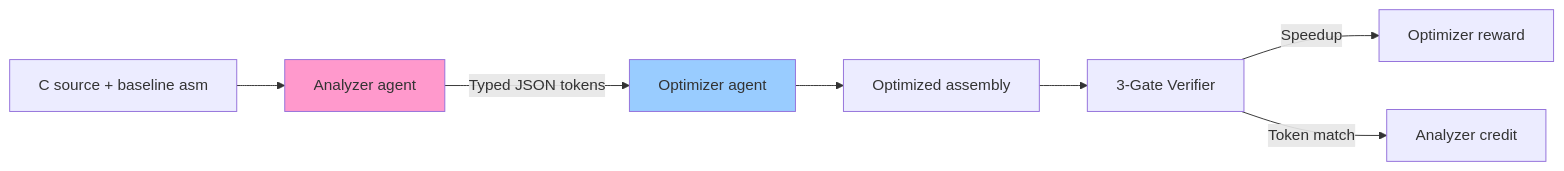
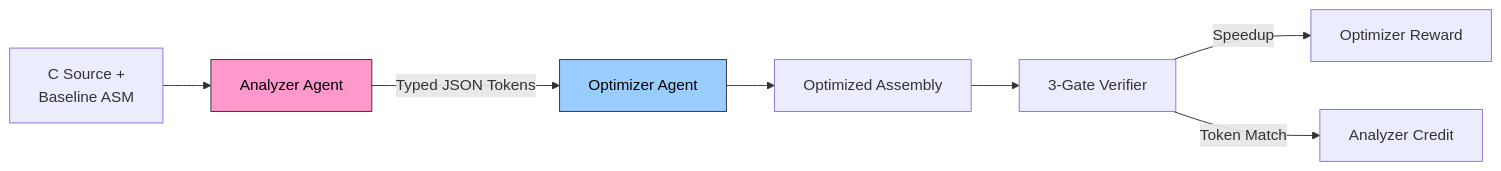
Before and after one commit to ka-ori/arm-gym: the second of 3 diagrams in README.md, drawn with Mermaid. The commit also changed other lines of this file and 1 other file, not shown here.

First line of the commit message:
docs: restore flowchart LR layout with br breaks and full Mermaid styles

````diff
--- a/README.md
+++ b/README.md
@@ -63,11 +68,12 @@
 ```mermaid
-graph LR
-    S["C source + baseline asm"] --> AN["Analyzer agent"]
-    AN -->|Typed JSON tokens| OPT["Optimizer agent"]
-    OPT --> ASM["Optimized assembly"]
+flowchart LR
+    S["C Source +<br/>Baseline ASM"] --> AN["Analyzer Agent"]
+    AN -->|"Typed JSON Tokens"| OPT["Optimizer Agent"]
+    OPT --> ASM["Optimized Assembly"]
     ASM --> V["3-Gate Verifier"]
-    V -->|Speedup| R1["Optimizer reward"]
-    V -->|Token match| R2["Analyzer credit"]
-    style AN fill:#ff99cc
-    style OPT fill:#99ccff
+    V -->|"Speedup"| R1["Optimizer Reward"]
+    V -->|"Token Match"| R2["Analyzer Credit"]
+
+    style AN fill:#f9c,stroke:#333,color:#000
+    style OPT fill:#9cf,stroke:#333,color:#000
 ```
````
